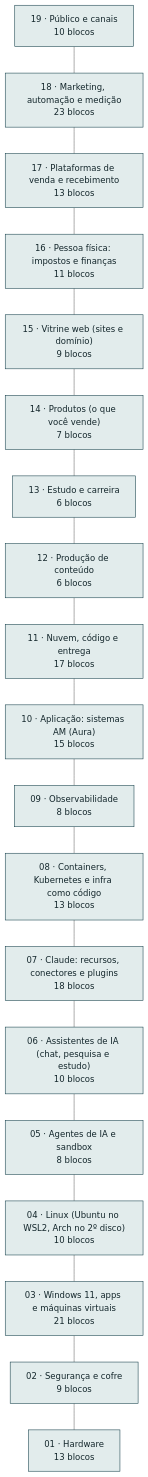
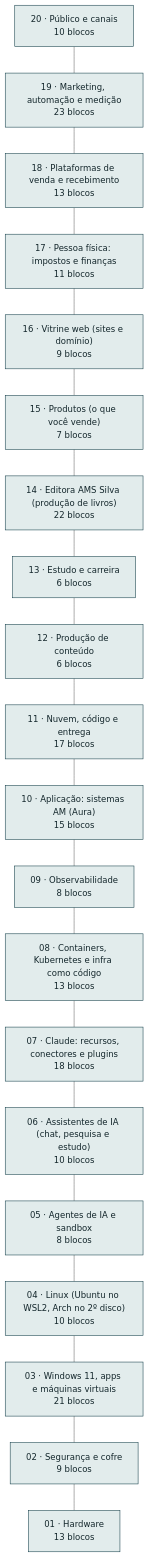
The diagram in docs/arquitetura.md (AlanMateus17/dev-setup), drawn with Mermaid (neutral theme) before and after one commit. The commit also changed other lines of this file and 39 other files, not shown here.

First line of the commit message:
feat: Editora AMS Silva dentro do setup

````diff
--- a/docs/arquitetura.md
+++ b/docs/arquitetura.md
@@ -10,42 +10,44 @@
 ```mermaid
 flowchart TB
-  L_pub["19 · Público e canais<br/>10 blocos"]
-  L_mkt["18 · Marketing, automação e medição<br/>23 blocos"]
-  L_venda["17 · Plataformas de venda e recebimento<br/>13 blocos"]
-  L_emp["16 · Pessoa física: impostos e finanças<br/>11 blocos"]
-  L_web["15 · Vitrine web (sites e domínio)<br/>9 blocos"]
-  L_prod["14 · Produtos (o que você vende)<br/>7 blocos"]
+  L_pub["20 · Público e canais<br/>10 blocos"]
+  L_mkt["19 · Marketing, automação e medição<br/>23 blocos"]
+  L_venda["18 · Plataformas de venda e recebimento<br/>13 blocos"]
+  L_emp["17 · Pessoa física: impostos e finanças<br/>11 blocos"]
+  L_web["16 · Vitrine web (sites e domínio)<br/>9 blocos"]
+  L_prod["15 · Produtos (o que você vende)<br/>7 blocos"]
+  L_editora["14 · Editora AMS Silva (produção de livros)<br/>22 blocos"]
   L_est["13 · Estudo e carreira<br/>6 blocos"]
   L_cont["12 · Produção de conteúdo<br/>6 blocos"]
   L_nuvem["11 · Nuvem, código e entrega<br/>17 blocos"]
   L_app["10 · Aplicação: sistemas AM (Aura)<br/>15 blocos"]
   L_obs["09 · Observabilidade<br/>8 blocos"]
   L_cnt["08 · Containers, Kubernetes e infra como código<br/>13 blocos"]
   L_clc["07 · Claude: recursos, conectores e plugins<br/>18 blocos"]
   L_chat["06 · Assistentes de IA (chat, pesquisa e estudo)<br/>10 blocos"]
   L_ia["05 · Agentes de IA e sandbox<br/>8 blocos"]
   L_lin["04 · Linux (Ubuntu no WSL2, Arch no 2º disco)<br/>10 blocos"]
   L_win["03 · Windows 11, apps e máquinas virtuais<br/>21 blocos"]
   L_seg["02 · Segurança e cofre<br/>9 blocos"]
   L_hw["01 · Hardware<br/>13 blocos"]
   L_pub --- L_mkt
   L_mkt --- L_venda
   L_venda --- L_emp
   L_emp --- L_web
   L_web --- L_prod
-  L_prod --- L_est
+  L_prod --- L_editora
+  L_editora --- L_est
   L_est --- L_cont
   L_cont --- L_nuvem
   L_nuvem --- L_app
   L_app --- L_obs
   L_obs --- L_cnt
   L_cnt --- L_clc
   L_clc --- L_chat
   L_chat --- L_ia
   L_ia --- L_lin
   L_lin --- L_win
   L_win --- L_seg
   L_seg --- L_hw
   classDef cam fill:#e2ecec,stroke:#0e3a45,color:#13262b
-  class L_pub,L_mkt,L_venda,L_emp,L_web,L_prod,L_est,L_cont,L_nuvem,L_app,L_obs,L_cnt,L_clc,L_chat,L_ia,L_lin,L_win,L_seg,L_hw cam
+  class L_pub,L_mkt,L_venda,L_emp,L_web,L_prod,L_editora,L_est,L_cont,L_nuvem,L_app,L_obs,L_cnt,L_clc,L_chat,L_ia,L_lin,L_win,L_seg,L_hw cam
 ```
````
